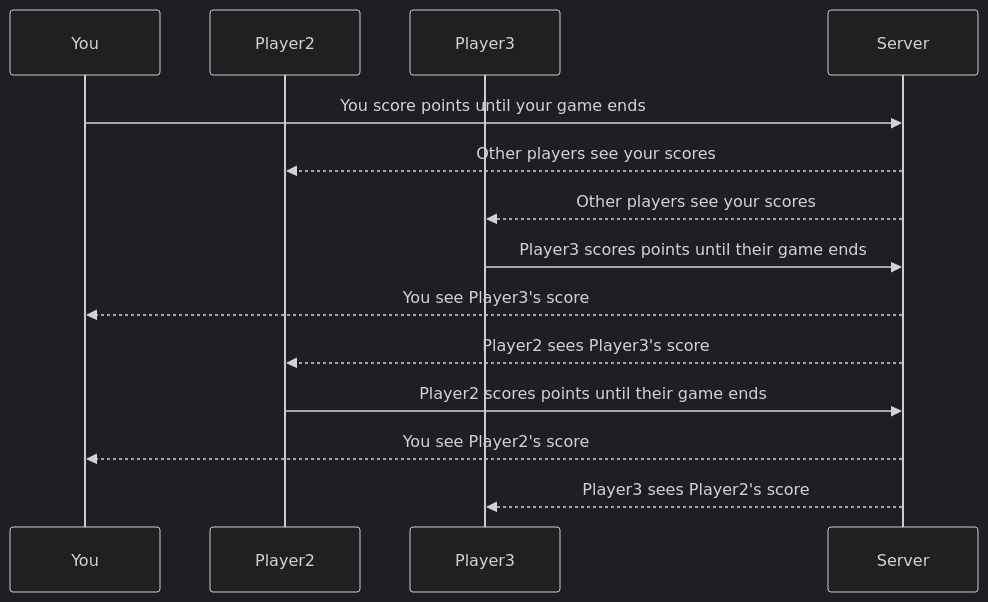
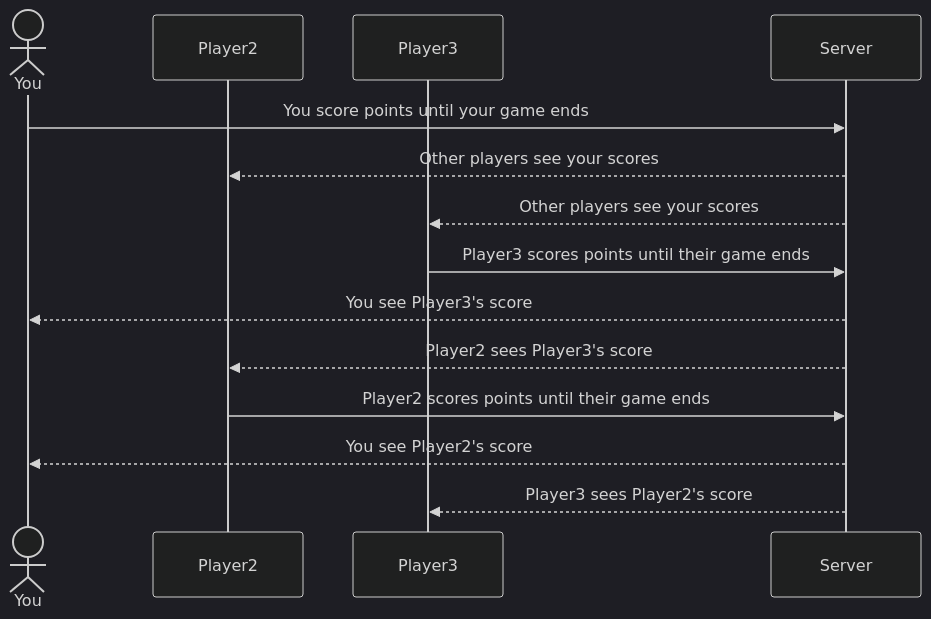
The diagram in README.md (elsbels64/startup), drawn with Mermaid (dark theme) before and after one commit.

Commit message:
added sequence diagram

````diff
--- a/README.md
+++ b/README.md
@@ -36,17 +36,17 @@
 ```mermaid
 sequenceDiagram
-    participant You
+    actor You
     participant Player2
     participant Player3
     participant Server
 
     You->>Server: You score points until your game ends
     Server-->>Player2: Other players see your scores
     Server-->>Player3: Other players see your scores
     Player3->>Server: Player3 scores points until their game ends
     Server-->>You: You see Player3's score
     Server-->>Player2: Player2 sees Player3's score
     Player2->>Server: Player2 scores points until their game ends
     Server-->>You: You see Player2's score
     Server-->>Player3: Player3 sees Player2's score
 ```
````
